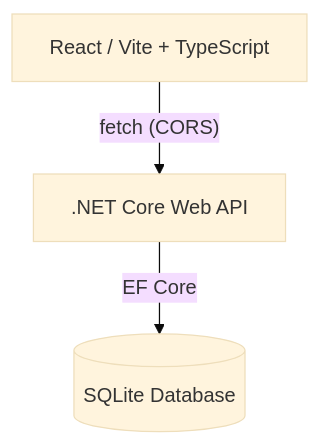
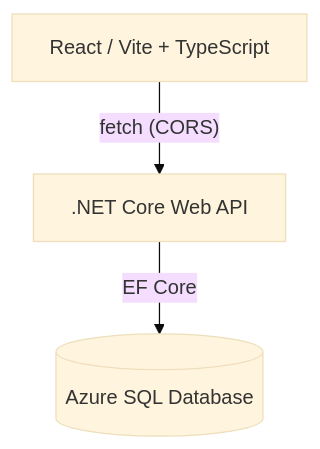
One commit to Meimmmm/library-map changed the diagram in README.md. Above: the diagram before and after it, drawn with Mermaid (base theme). The commit also changed other lines of this file, not shown here.

First line of the commit message:
Revise database strategy and migration policy sections

````diff
--- a/README.md
+++ b/README.md
@@ -27,5 +27,5 @@
 ```mermaid
 graph TD
     A[React / Vite + TypeScript] -- fetch (CORS) --> B[.NET Core Web API]
-    B -- EF Core --> C[(SQLite Database)]
+    B -- EF Core --> C[(Azure SQL Database)]
 ```
````
